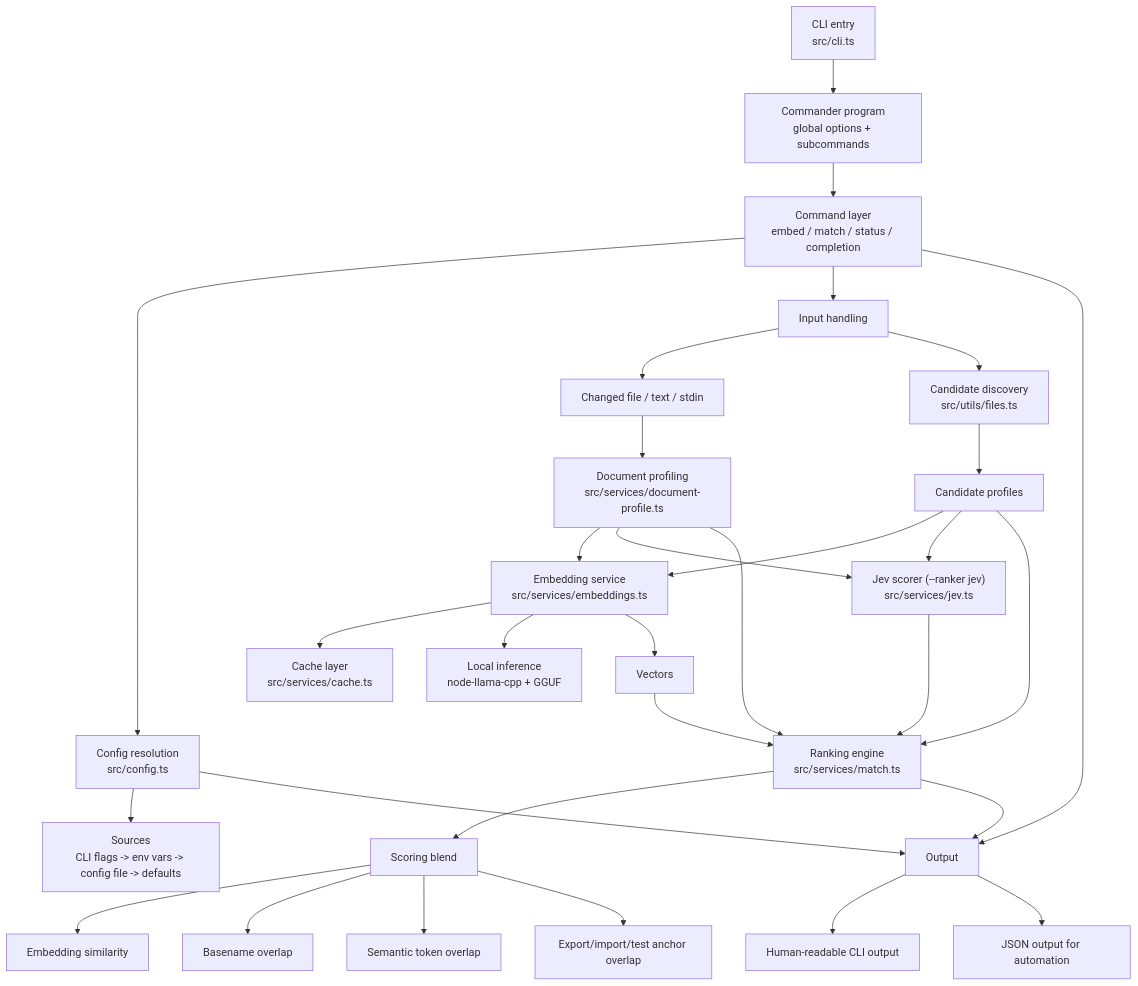
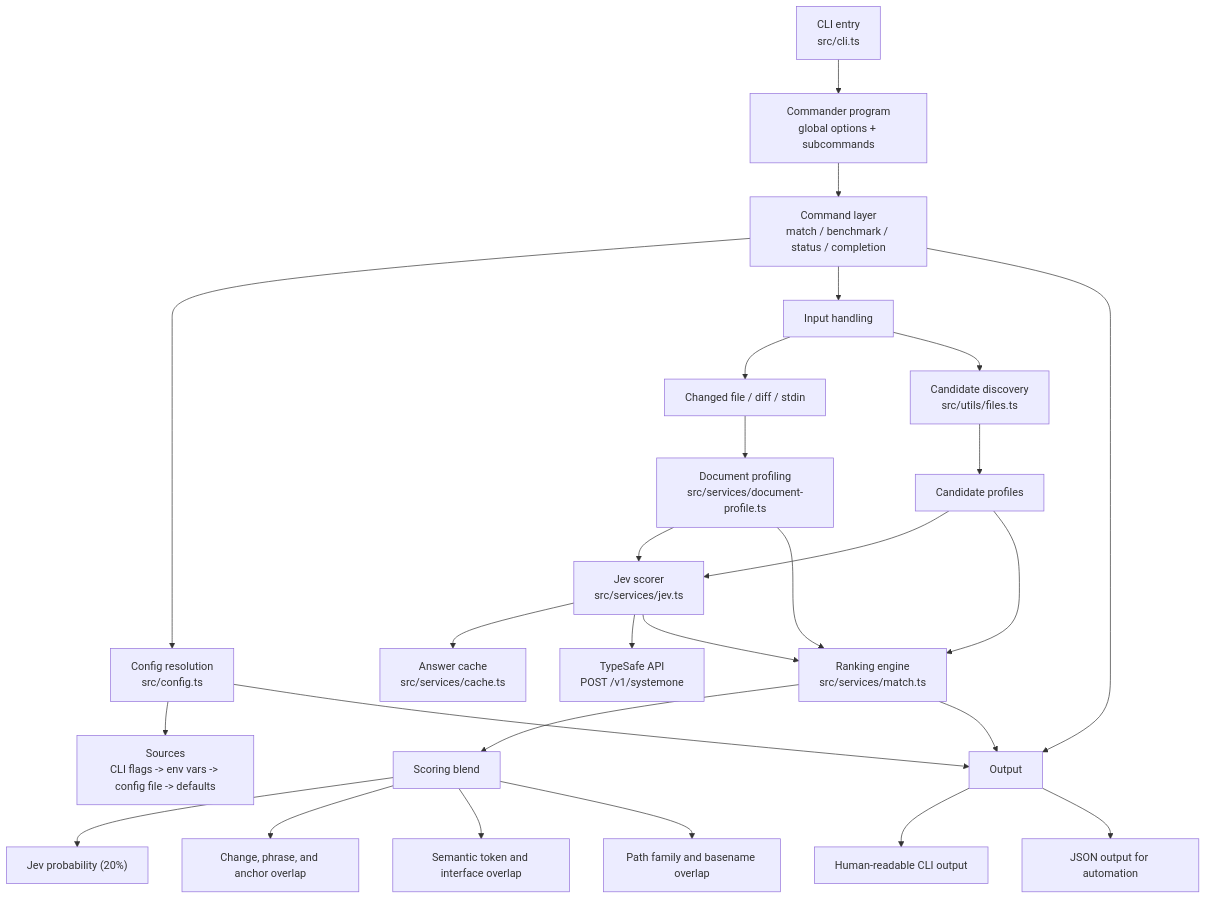
One commit to JustasMonkev/semantic-test-matcher changed the diagram in README.md. Above: the diagram before and after it, drawn with Mermaid. The commit also changed other lines of this file and 25 other files, not shown here.

First line of the commit message:
Make Jev the default ranker and remove local embeddings

````diff
--- a/README.md
+++ b/README.md
@@ -25,41 +25,36 @@
 ```mermaid
 flowchart TD
     A["CLI entry<br/>src/cli.ts"] --> B["Commander program<br/>global options + subcommands"]
-    B --> C["Command layer<br/>embed / match / status / completion"]
+    B --> C["Command layer<br/>match / benchmark / status / completion"]
 
     C --> D["Config resolution<br/>src/config.ts"]
     D --> D1["Sources<br/>CLI flags -> env vars -> config file -> defaults"]
 
     C --> E["Input handling"]
-    E --> E1["Changed file / text / stdin"]
+    E --> E1["Changed file / diff / stdin"]
     E --> E2["Candidate discovery<br/>src/utils/files.ts"]
 
     E1 --> F["Document profiling<br/>src/services/document-profile.ts"]
     E2 --> F2["Candidate profiles"]
 
-    F --> G["Embedding service<br/>src/services/embeddings.ts"]
+    F --> G["Jev scorer<br/>src/services/jev.ts"]
     F2 --> G
-    F --> JV["Jev scorer (--ranker jev)<br/>src/services/jev.ts"]
-    F2 --> JV
-    JV --> K
+    G --> H["Answer cache<br/>src/services/cache.ts"]
+    G --> I["TypeSafe API<br/>POST /v1/systemone"]
 
-    G --> H["Cache layer<br/>src/services/cache.ts"]
-    G --> I["Local inference<br/>node-llama-cpp + GGUF"]
-
-    G --> J["Vectors"]
-    J --> K["Ranking engine<br/>src/services/match.ts"]
+    G --> K["Ranking engine<br/>src/services/match.ts"]
     F --> K
     F2 --> K
 
     K --> L["Scoring blend"]
-    L --> L1["Embedding similarity"]
-    L --> L2["Basename overlap"]
-    L --> L3["Semantic token overlap"]
-    L --> L4["Export/import/test anchor overlap"]
+    L --> L1["Jev probability (20%)"]
+    L --> L2["Change, phrase, and anchor overlap"]
+    L --> L3["Semantic token and interface overlap"]
+    L --> L4["Path family and basename overlap"]
 
     C --> M["Output"]
     K --> M
     D --> M
     M --> M1["Human-readable CLI output"]
     M --> M2["JSON output for automation"]
 ```
````
